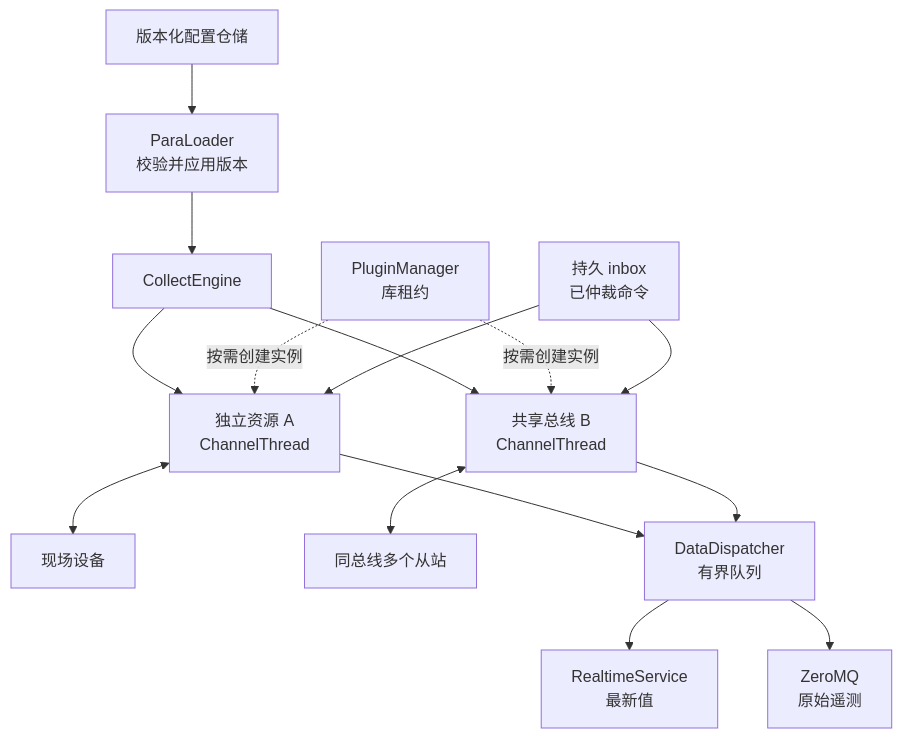
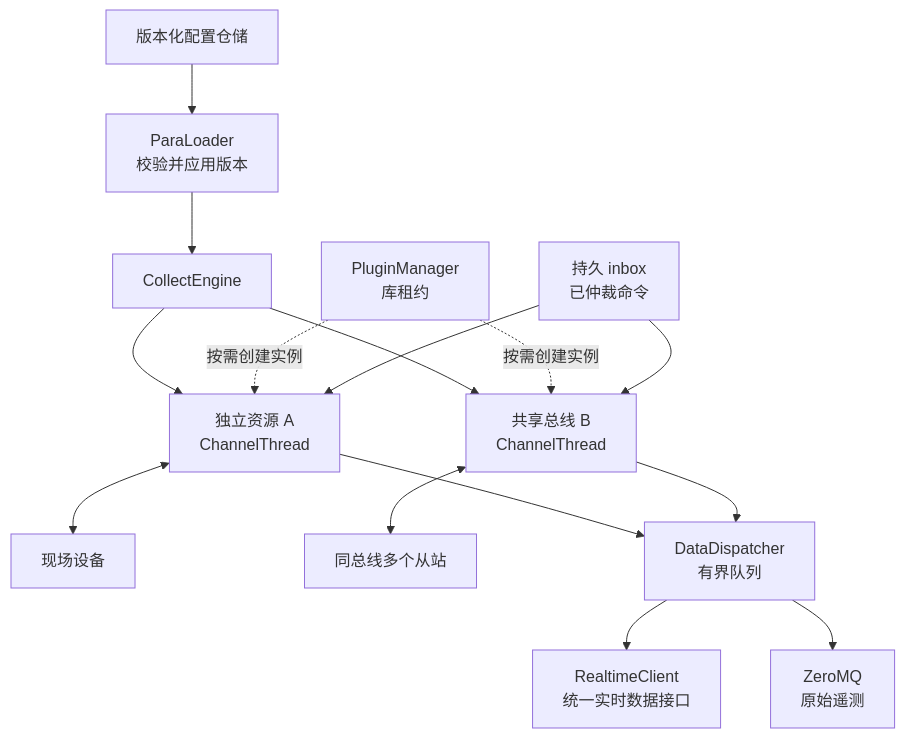
The first of 8 diagrams in website/docs/processes/collector/design.md (600888/ems), drawn with Mermaid before and after one commit. The commit also changed 3385 other files, not shown here.

````diff
--- a/website/docs/processes/collector/design.md
+++ b/website/docs/processes/collector/design.md
@@ -42,17 +42,17 @@
 ```mermaid
 flowchart TB
     Config[版本化配置仓储] --> Para["ParaLoader<br/>校验并应用版本"]
     Para --> Engine[CollectEngine]
     Engine --> A["独立资源 A<br/>ChannelThread"]
     Engine --> B["共享总线 B<br/>ChannelThread"]
     Manager["PluginManager<br/>库租约"] -.按需创建实例.-> A
     Manager -.按需创建实例.-> B
     A <--> DeviceA[现场设备]
     B <--> DeviceB[同总线多个从站]
     Inbox["持久 inbox<br/>已仲裁命令"] --> A
     Inbox --> B
     A --> Dispatch["DataDispatcher<br/>有界队列"]
     B --> Dispatch
-    Dispatch --> RT["RealtimeService<br/>最新值"]
+    Dispatch --> RT["RealtimeClient<br/>统一实时数据接口"]
     Dispatch --> Event["ZeroMQ<br/>原始遥测"]
 ```
````
